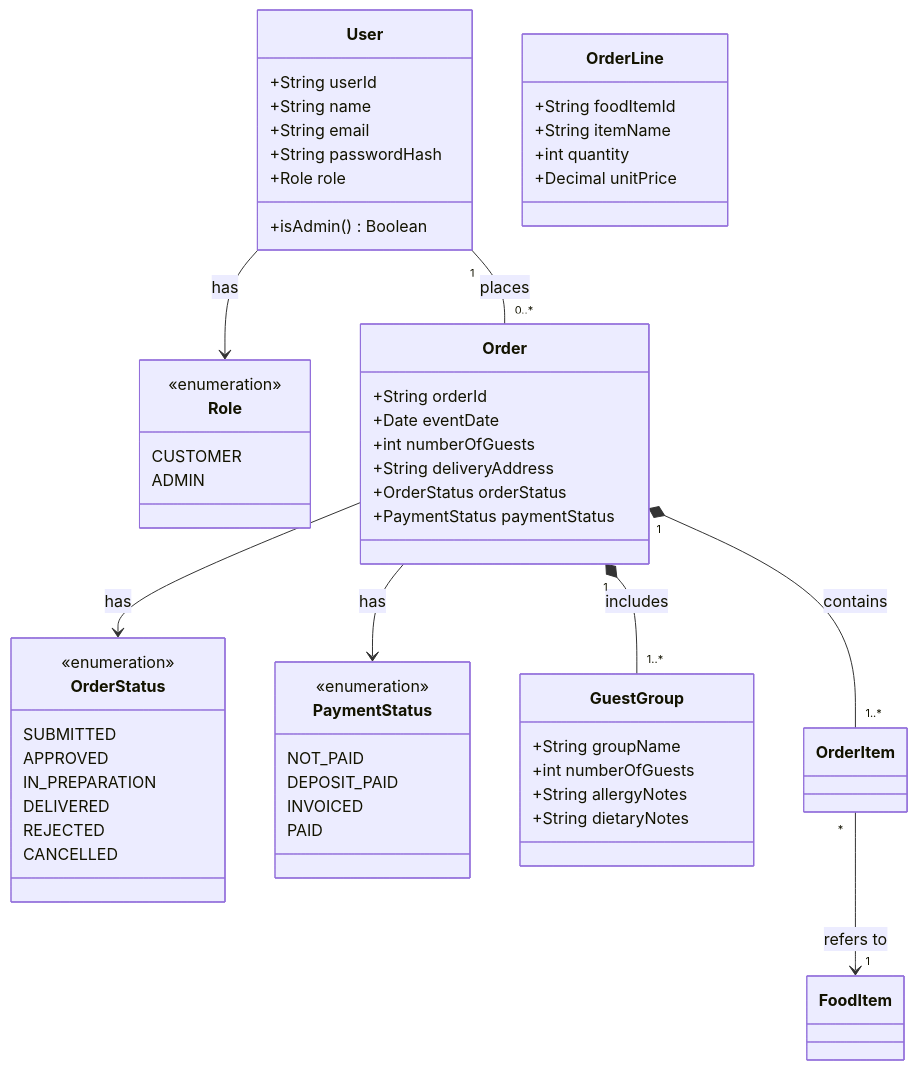
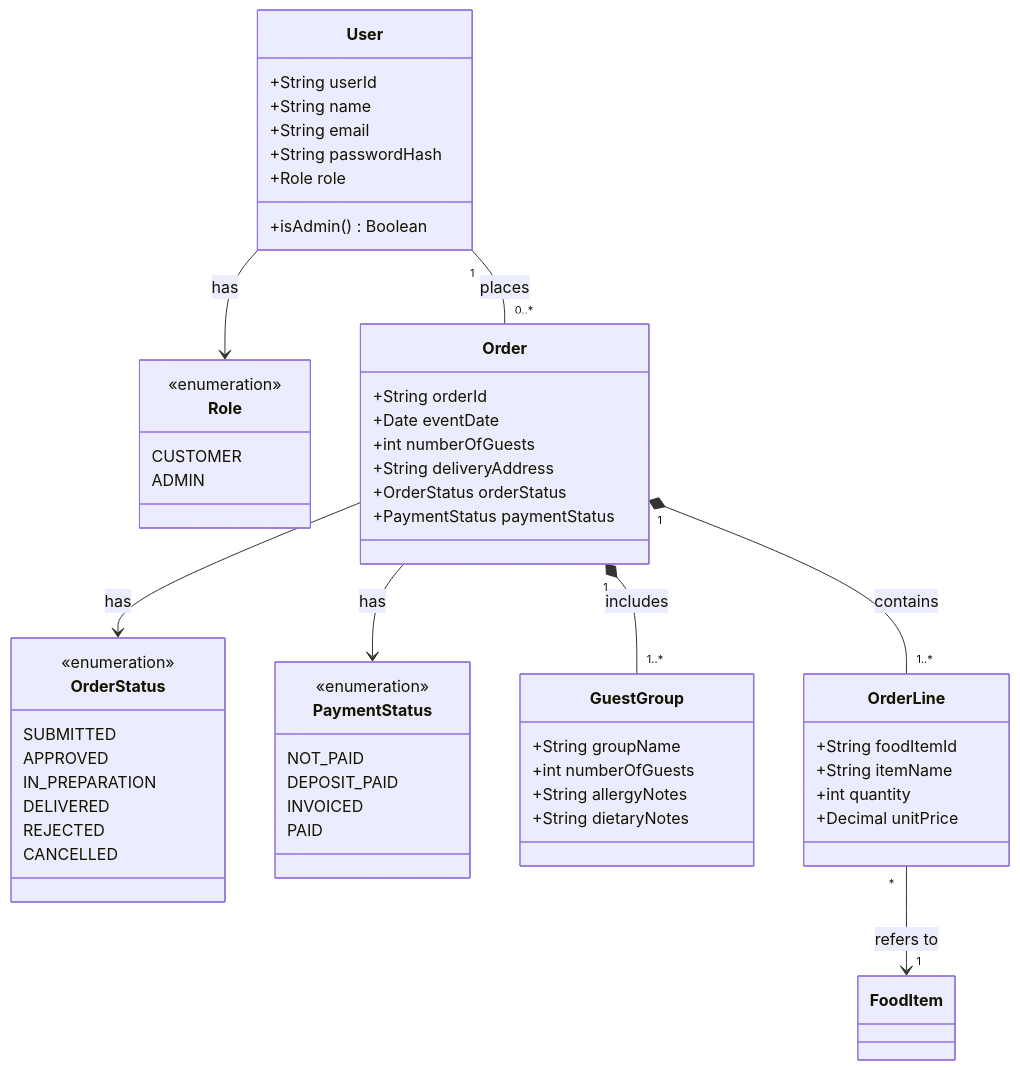
One commit to vikri8772/assignment4 changed the diagram in docs/plans/domain-orders-class.md. Above: the diagram before and after it, drawn with Mermaid.

````diff
--- a/docs/plans/domain-orders-class.md
+++ b/docs/plans/domain-orders-class.md
@@ -1,71 +1,71 @@
 ```mermaid
 classDiagram
     direction TB
 
     class User {
         +String userId
         +String name
         +String email
         +String passwordHash
         +Role role
         +isAdmin() Boolean
     }
 
     class Role {
         <<enumeration>>
         CUSTOMER
         ADMIN
     }
 
     class OrderStatus {
             <<enumeration>>
             SUBMITTED
             APPROVED
             IN_PREPARATION
             DELIVERED
             REJECTED
             CANCELLED
         }
     
     class PaymentStatus {
             <<enumeration>>
             NOT_PAID
             DEPOSIT_PAID
             INVOICED
             PAID
         }
 
     class Order {
         +String orderId
         +Date eventDate
         +int numberOfGuests
         +String deliveryAddress
         +OrderStatus orderStatus
         +PaymentStatus paymentStatus
     }
 
     class GuestGroup {
         +String groupName
         +int numberOfGuests
         +String allergyNotes
         +String dietaryNotes
     }
 
     class OrderLine {
         +String foodItemId
         +String itemName
         +int quantity
         +Decimal unitPrice
     }
 
     class FoodItem
 
     User --> Role : has
     User "1" -- "0..*" Order : places
     Order "1" *-- "1..*" GuestGroup : includes
-    Order "1" *-- "1..*" OrderItem : contains
+    Order "1" *-- "1..*" OrderLine : contains
     Order --> OrderStatus : has
     Order --> PaymentStatus : has
-    OrderItem "*" --> "1" FoodItem : refers to
+    OrderLine "*" --> "1" FoodItem : refers to
 
 ```
````
